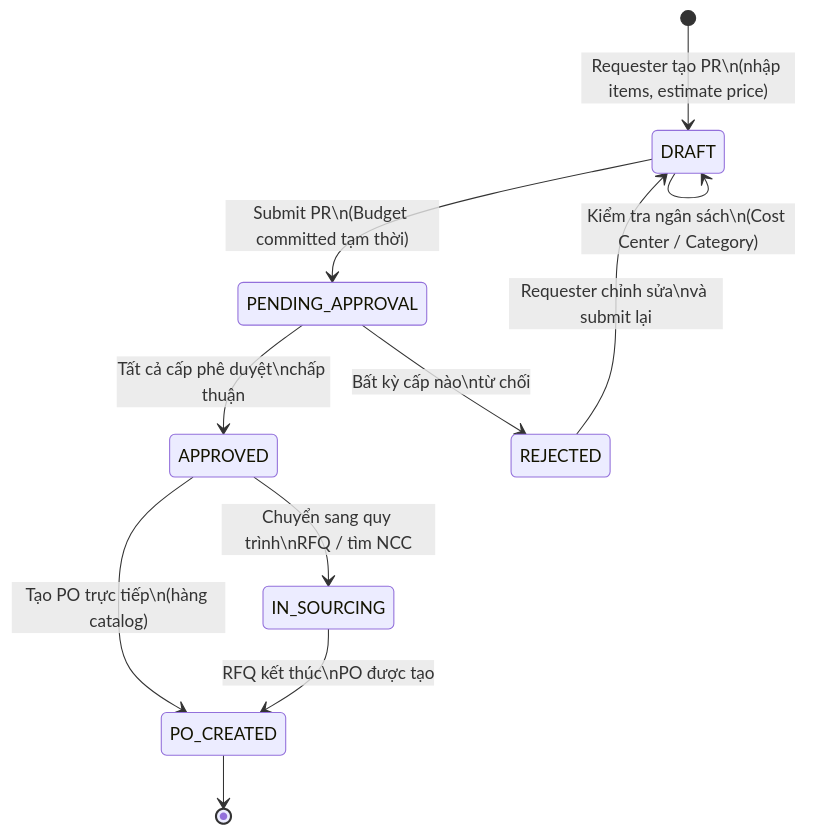
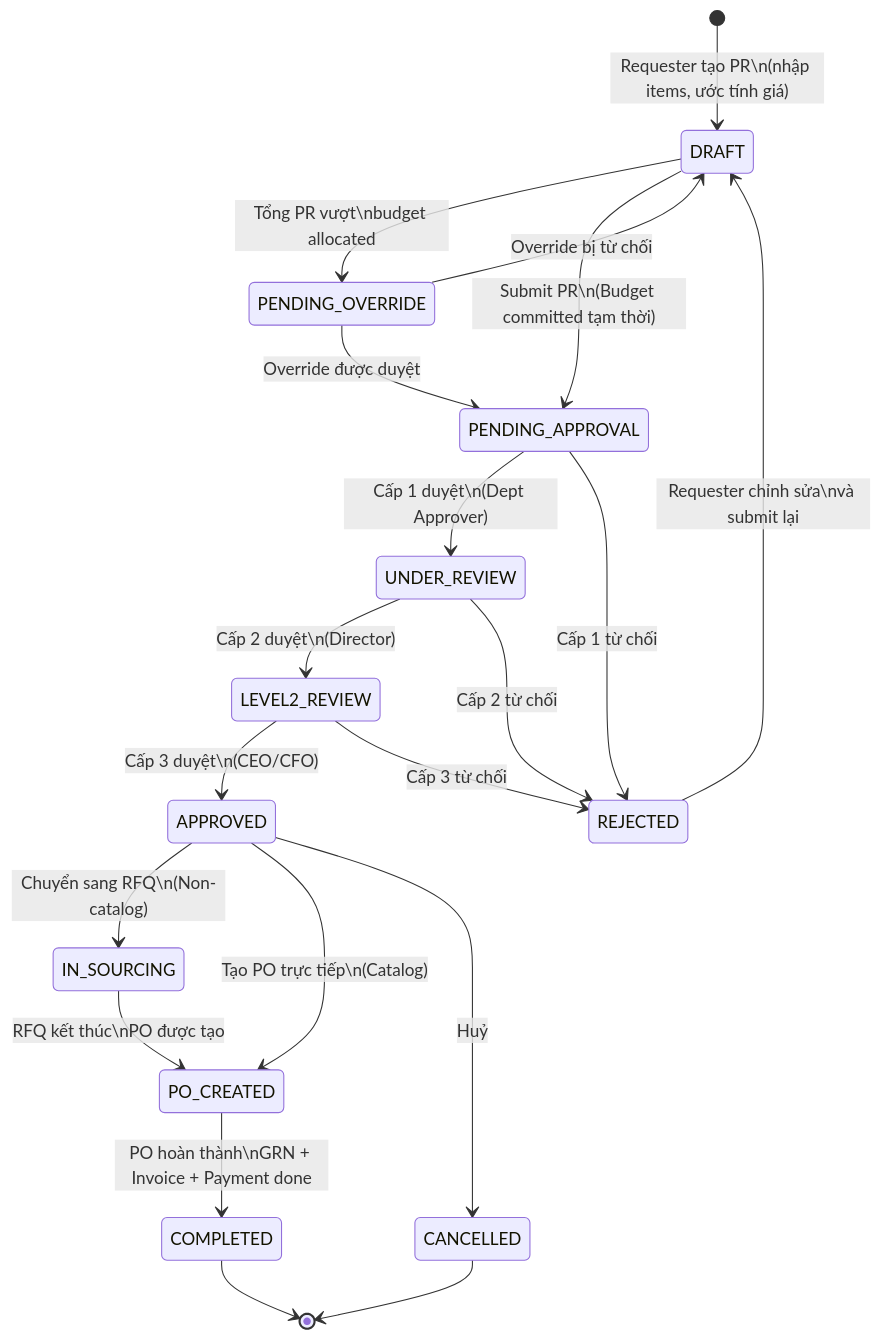
One commit to NguyenDinhNam28803/Order_Management_System changed the second of 10 diagrams in README.md. Above: the diagram before and after it, drawn with Mermaid. The commit also changed other lines of this file, not shown here.

````diff
--- a/README.md
+++ b/README.md
@@ -147,21 +164,31 @@
 ```mermaid
 stateDiagram-v2
-    [*] --> DRAFT : Requester tạo PR\n(nhập items, estimate price)
+    [*] --> DRAFT : Requester tạo PR\n(nhập items, ước tính giá)
 
-    DRAFT --> DRAFT : Kiểm tra ngân sách\n(Cost Center / Category)
+    DRAFT --> PENDING_OVERRIDE : Tổng PR vượt\nbudget allocated
+    PENDING_OVERRIDE --> DRAFT : Override bị từ chối
+    PENDING_OVERRIDE --> PENDING_APPROVAL : Override được duyệt
+
     DRAFT --> PENDING_APPROVAL : Submit PR\n(Budget committed tạm thời)
 
-    PENDING_APPROVAL --> APPROVED : Tất cả cấp phê duyệt\nchấp thuận
+    PENDING_APPROVAL --> UNDER_REVIEW : Cấp 1 duyệt\n(Dept Approver)
+    UNDER_REVIEW --> LEVEL2_REVIEW : Cấp 2 duyệt\n(Director)
+    LEVEL2_REVIEW --> APPROVED : Cấp 3 duyệt\n(CEO/CFO)
 
-    PENDING_APPROVAL --> REJECTED : Bất kỳ cấp nào\ntừ chối
+    PENDING_APPROVAL --> REJECTED : Cấp 1 từ chối
+    UNDER_REVIEW --> REJECTED : Cấp 2 từ chối
+    LEVEL2_REVIEW --> REJECTED : Cấp 3 từ chối
 
     REJECTED --> DRAFT : Requester chỉnh sửa\nvà submit lại
 
-    APPROVED --> IN_SOURCING : Chuyển sang quy trình\nRFQ / tìm NCC
-
-    APPROVED --> PO_CREATED : Tạo PO trực tiếp\n(hàng catalog)
+    APPROVED --> IN_SOURCING : Chuyển sang RFQ\n(Non-catalog)
+    APPROVED --> PO_CREATED : Tạo PO trực tiếp\n(Catalog)
 
     IN_SOURCING --> PO_CREATED : RFQ kết thúc\nPO được tạo
 
-    PO_CREATED --> [*]
+    PO_CREATED --> COMPLETED : PO hoàn thành\nGRN + Invoice + Payment done
+
+    APPROVED --> CANCELLED : Huỷ
+    COMPLETED --> [*]
+    CANCELLED --> [*]
 ```
````
